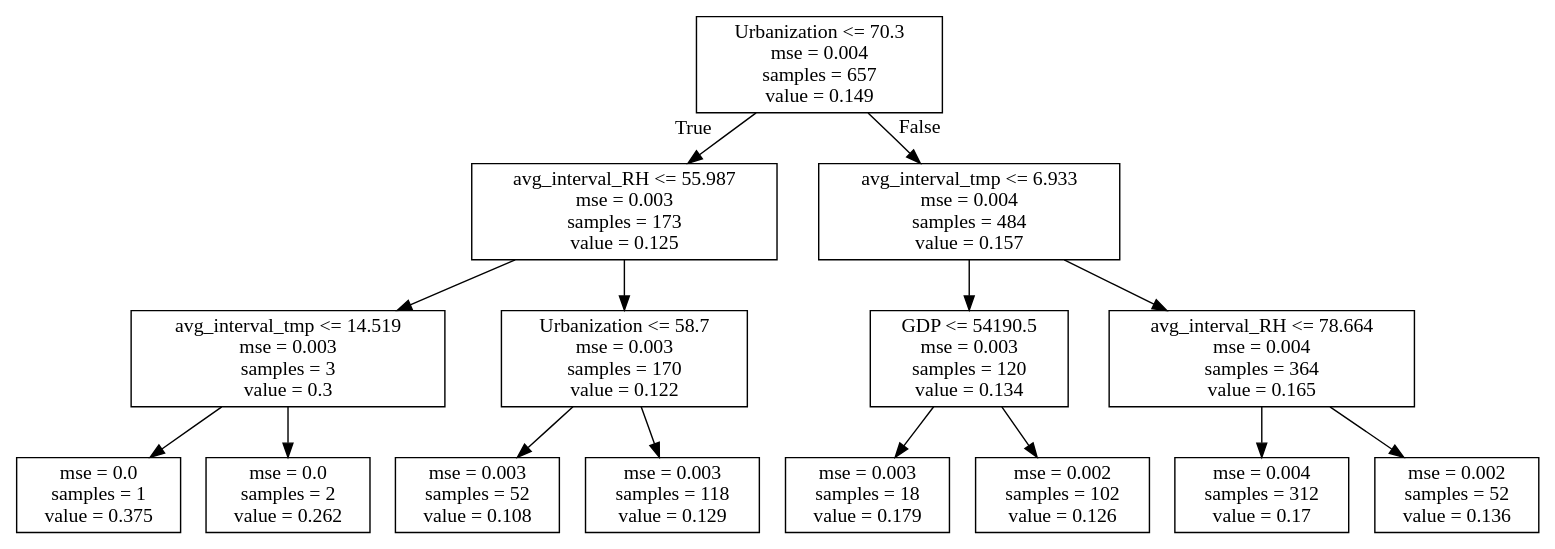
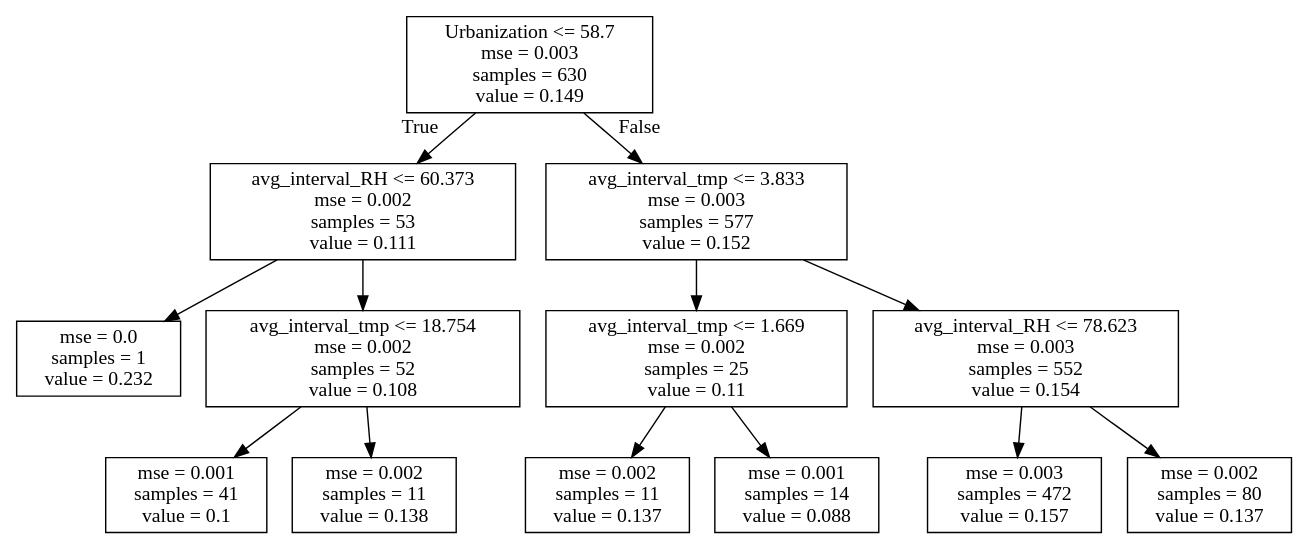
Before and after one commit to hopl1t/covid19: the diagram in products/decision_tree/decision_tree_GF_Q2_run0.dot, drawn with Graphviz. The commit also changed 21 other files, not shown here.

```diff
--- a/products/decision_tree/decision_tree_GF_Q2_run0.dot
+++ b/products/decision_tree/decision_tree_GF_Q2_run0.dot
@@ -1,32 +1,28 @@
 digraph Tree {
 node [shape=box] ;
-0 [label="Urbanization <= 70.3\nmse = 0.004\nsamples = 657\nvalue = 0.149"] ;
-1 [label="avg_interval_RH <= 55.987\nmse = 0.003\nsamples = 173\nvalue = 0.125"] ;
+0 [label="Urbanization <= 58.7\nmse = 0.003\nsamples = 630\nvalue = 0.149"] ;
+1 [label="avg_interval_RH <= 60.373\nmse = 0.002\nsamples = 53\nvalue = 0.111"] ;
 0 -> 1 [labeldistance=2.5, labelangle=45, headlabel="True"] ;
-2 [label="avg_interval_tmp <= 14.519\nmse = 0.003\nsamples = 3\nvalue = 0.3"] ;
+2 [label="mse = 0.0\nsamples = 1\nvalue = 0.232"] ;
 1 -> 2 ;
-3 [label="mse = 0.0\nsamples = 1\nvalue = 0.375"] ;
-2 -> 3 ;
-4 [label="mse = 0.0\nsamples = 2\nvalue = 0.262"] ;
-2 -> 4 ;
-5 [label="Urbanization <= 58.7\nmse = 0.003\nsamples = 170\nvalue = 0.122"] ;
-1 -> 5 ;
-6 [label="mse = 0.003\nsamples = 52\nvalue = 0.108"] ;
-5 -> 6 ;
-7 [label="mse = 0.003\nsamples = 118\nvalue = 0.129"] ;
-5 -> 7 ;
-8 [label="avg_interval_tmp <= 6.933\nmse = 0.004\nsamples = 484\nvalue = 0.157"] ;
-0 -> 8 [labeldistance=2.5, labelangle=-45, headlabel="False"] ;
-9 [label="GDP <= 54190.5\nmse = 0.003\nsamples = 120\nvalue = 0.134"] ;
-8 -> 9 ;
-10 [label="mse = 0.003\nsamples = 18\nvalue = 0.179"] ;
-9 -> 10 ;
-11 [label="mse = 0.002\nsamples = 102\nvalue = 0.126"] ;
-9 -> 11 ;
-12 [label="avg_interval_RH <= 78.664\nmse = 0.004\nsamples = 364\nvalue = 0.165"] ;
-8 -> 12 ;
-13 [label="mse = 0.004\nsamples = 312\nvalue = 0.17"] ;
-12 -> 13 ;
-14 [label="mse = 0.002\nsamples = 52\nvalue = 0.136"] ;
-12 -> 14 ;
+3 [label="avg_interval_tmp <= 18.754\nmse = 0.002\nsamples = 52\nvalue = 0.108"] ;
+1 -> 3 ;
+4 [label="mse = 0.001\nsamples = 41\nvalue = 0.1"] ;
+3 -> 4 ;
+5 [label="mse = 0.002\nsamples = 11\nvalue = 0.138"] ;
+3 -> 5 ;
+6 [label="avg_interval_tmp <= 3.833\nmse = 0.003\nsamples = 577\nvalue = 0.152"] ;
+0 -> 6 [labeldistance=2.5, labelangle=-45, headlabel="False"] ;
+7 [label="avg_interval_tmp <= 1.669\nmse = 0.002\nsamples = 25\nvalue = 0.11"] ;
+6 -> 7 ;
+8 [label="mse = 0.002\nsamples = 11\nvalue = 0.137"] ;
+7 -> 8 ;
+9 [label="mse = 0.001\nsamples = 14\nvalue = 0.088"] ;
+7 -> 9 ;
+10 [label="avg_interval_RH <= 78.623\nmse = 0.003\nsamples = 552\nvalue = 0.154"] ;
+6 -> 10 ;
+11 [label="mse = 0.003\nsamples = 472\nvalue = 0.157"] ;
+10 -> 11 ;
+12 [label="mse = 0.002\nsamples = 80\nvalue = 0.137"] ;
+10 -> 12 ;
 }
```
